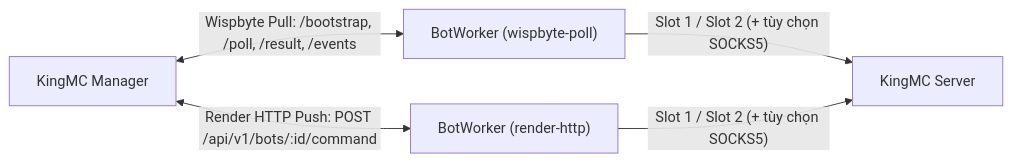
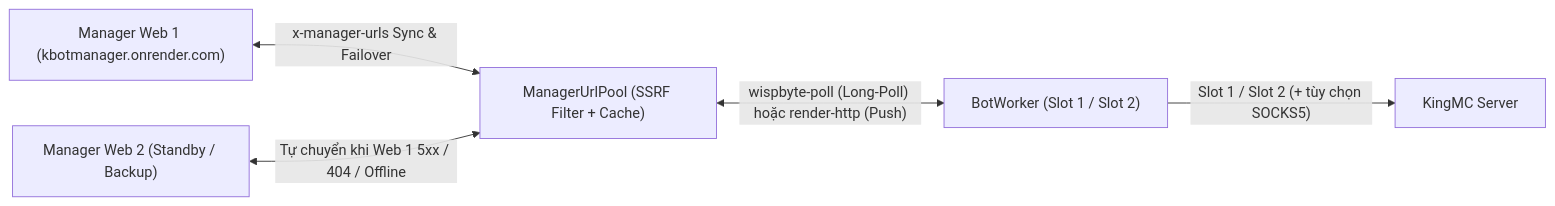
Before and after one commit to kietpro352010/BotWorker: the diagram in README.md, drawn with Mermaid. The commit also changed other lines of this file and 8 other files, not shown here.

Commit message:
feat(worker): support ID-only auth, SSRF-safe multi-manager URL failover & sync docs

````diff
--- a/README.md
+++ b/README.md
@@ -9,7 +9,7 @@
 ```mermaid
 flowchart LR
-    M["KingMC Manager"] <-->|"Wispbyte Pull: /bootstrap, /poll, /result, /events"| W["BotWorker (wispbyte-poll)"]
-    M <-->|"Render HTTP Push: POST /api/v1/bots/:id/command"| WR["BotWorker (render-http)"]
+    M1["Manager Web 1 (kbotmanager.onrender.com)"] <-->|"x-manager-urls Sync & Failover"| P["ManagerUrlPool (SSRF Filter + Cache)"]
+    M2["Manager Web 2 (Standby / Backup)"] <-->|"Tự chuyển khi Web 1 5xx / 404 / Offline"| P
+    P <-->|"wispbyte-poll (Long-Poll) hoặc render-http (Push)"| W["BotWorker (Slot 1 / Slot 2)"]
     W -->|"Slot 1 / Slot 2 (+ tùy chọn SOCKS5)"| K["KingMC Server"]
-    WR -->|"Slot 1 / Slot 2 (+ tùy chọn SOCKS5)"| K
 ```
````
